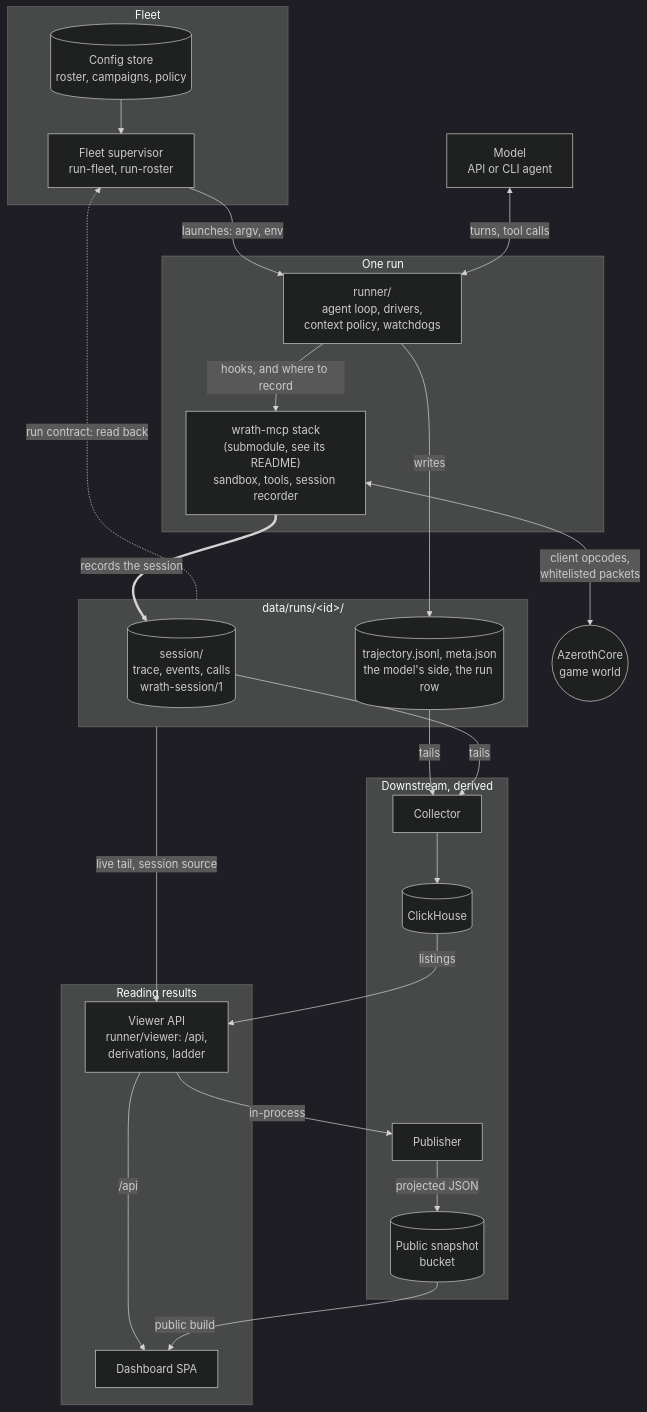
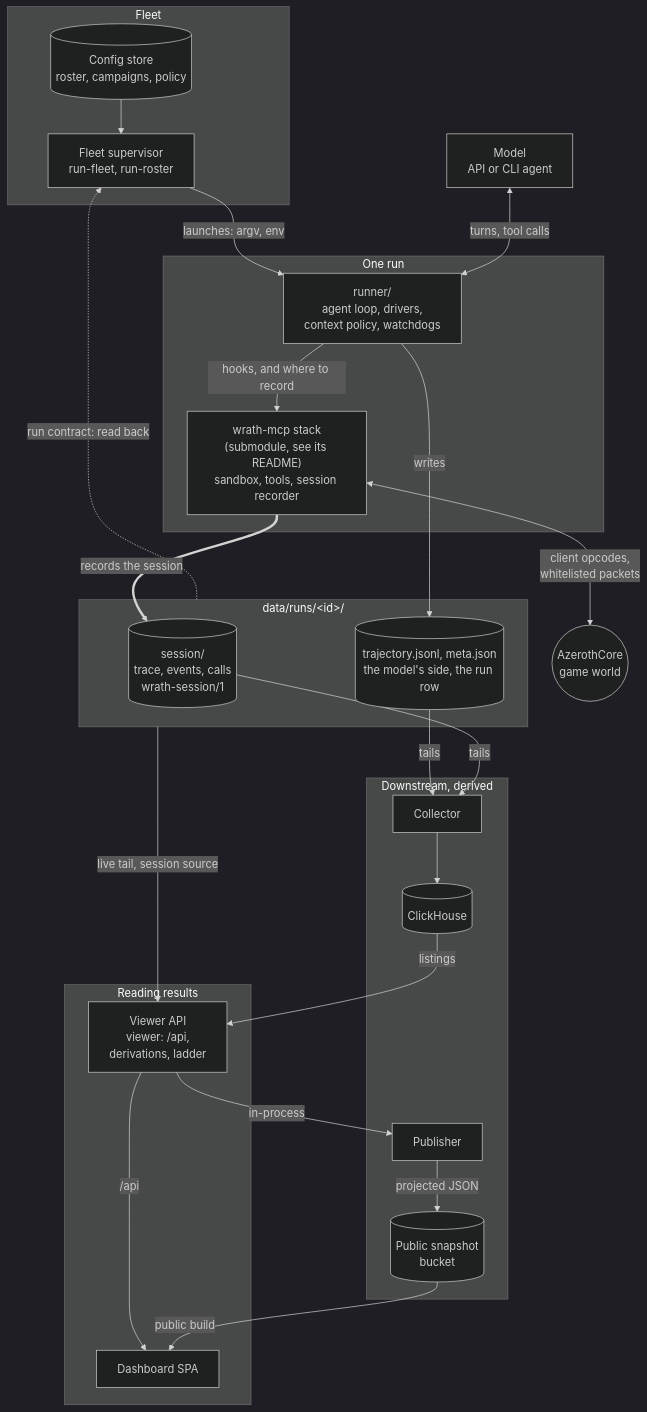
Before and after one commit to Shard/WrathBench: the diagram in README.md, drawn with Mermaid (dark theme). The commit also changed other lines of this file and 390 other files, not shown here.

````diff
--- a/README.md
+++ b/README.md
@@ -16,51 +16,51 @@
 ```mermaid
 flowchart TB
     subgraph fleet["Fleet"]
         store[("Config store<br/>roster, campaigns, policy")]
         supervisor["Fleet supervisor<br/>run-fleet, run-roster"]
     end
 
     model["Model<br/>API or CLI agent"]
 
     subgraph run["One run"]
         runner["runner/<br/>agent loop, drivers,<br/>context policy, watchdogs"]
         stack["wrath-mcp stack<br/>(submodule, see its README)<br/>sandbox, tools, session recorder"]
     end
 
     world(("AzerothCore<br/>game world"))
 
     subgraph records["data/runs/#lt;id#gt;/"]
         session[("session/<br/>trace, events, calls<br/>wrath-session/1")]
         trajectory[("trajectory.jsonl, meta.json<br/>the model's side, the run row")]
     end
 
     subgraph view["Reading results"]
-        viewer["Viewer API<br/>runner/viewer: /api,<br/>derivations, ladder"]
+        viewer["Viewer API<br/>viewer: /api,<br/>derivations, ladder"]
         dashboard["Dashboard SPA"]
     end
 
     subgraph downstream["Downstream, derived"]
         collector["Collector"]
         clickhouse[("ClickHouse")]
         publisher["Publisher"]
         bucket[("Public snapshot<br/>bucket")]
     end
 
     store --> supervisor
     supervisor -->|"launches: argv, env"| runner
     model <-->|"turns, tool calls"| runner
     runner -->|"hooks, and where to record"| stack
     stack <-->|"client opcodes,<br/>whitelisted packets"| world
     stack ==>|"records the session"| session
     runner -->|"writes"| trajectory
     records -.->|"run contract: read back"| supervisor
     trajectory -->|"tails"| collector
     session -->|"tails"| collector
     collector --> clickhouse
     clickhouse -->|"listings"| viewer
     records -->|"live tail, session source"| viewer
     viewer -->|"/api"| dashboard
     viewer -->|"in-process"| publisher
     publisher -->|"projected JSON"| bucket
     bucket -->|"public build"| dashboard
 ```
````
